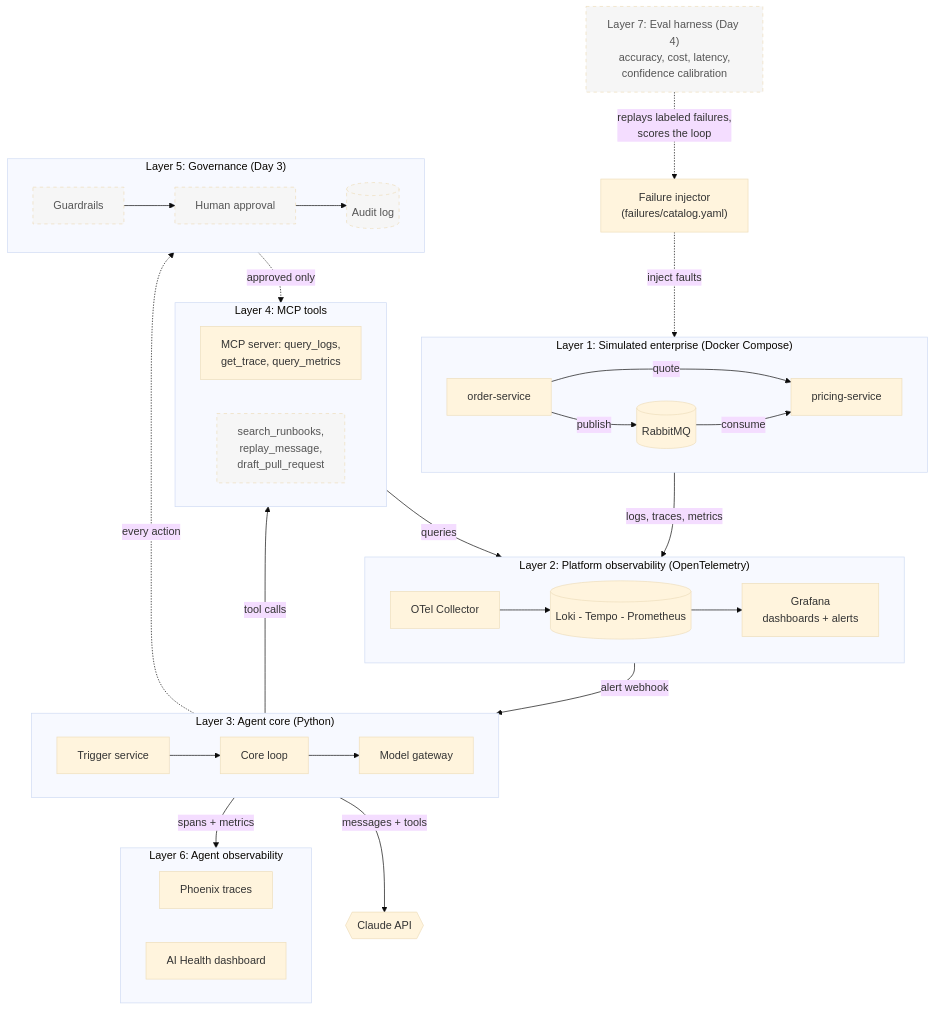
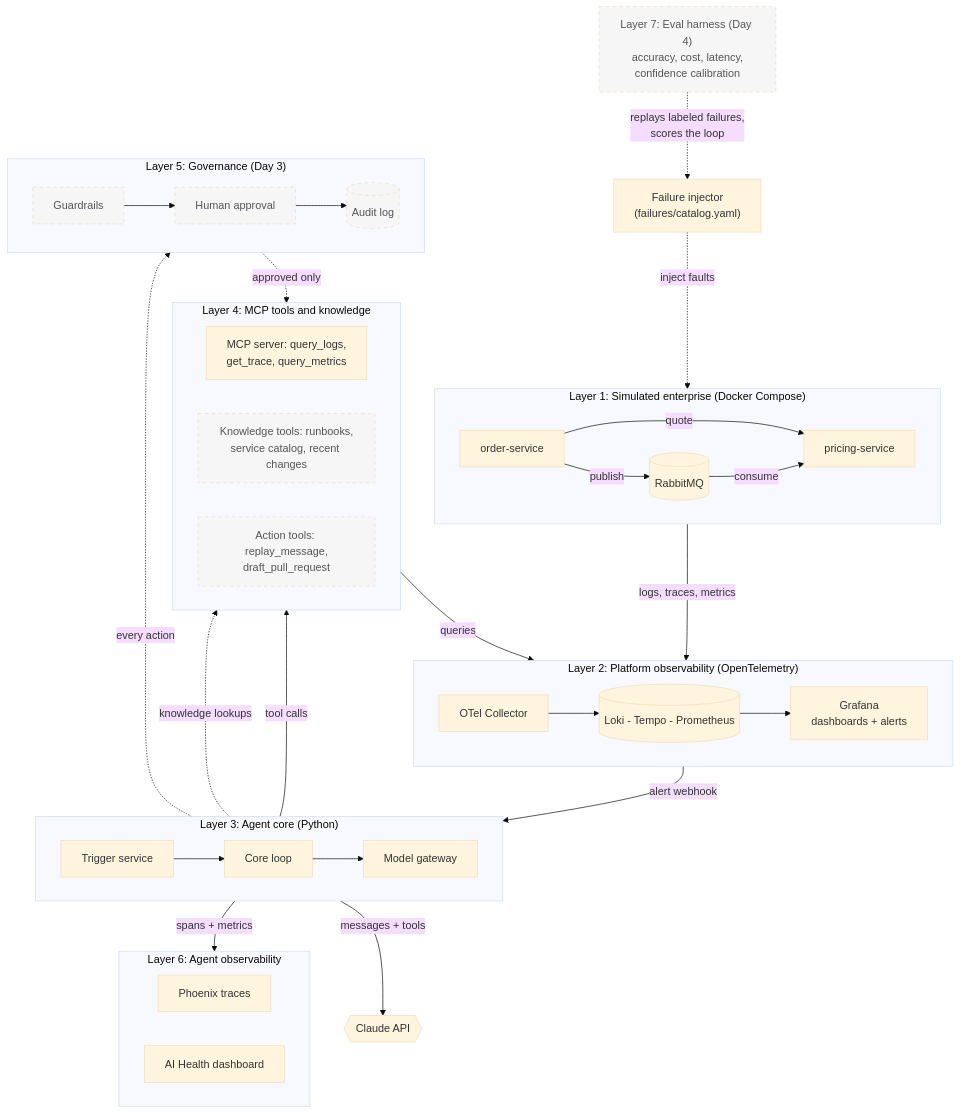
Before and after one commit to ankgupt9/agentic-incident-response: the first of 3 diagrams in docs/architecture.md, drawn with Mermaid (base theme). The commit also changed 2 other files, not shown here.

Commit message:
Add knowledge layer to the plan: runbooks, service catalog, recent changes, ablation

````diff
--- a/docs/architecture.md
+++ b/docs/architecture.md
@@ -9,55 +9,57 @@
 ```mermaid
 flowchart TB
     INJ["Failure injector<br/>(failures/catalog.yaml)"]
 
     subgraph L1["Layer 1: Simulated enterprise (Docker Compose)"]
         direction LR
         ORD["order-service"] -- "quote" --> PRC["pricing-service"]
         ORD -- "publish" --> MQ[("RabbitMQ")]
         MQ -- "consume" --> PRC
     end
 
     subgraph L2["Layer 2: Platform observability (OpenTelemetry)"]
         direction LR
         COL["OTel Collector"] --> STORES[("Loki - Tempo - Prometheus")] --> GRAF["Grafana<br/>dashboards + alerts"]
     end
 
     subgraph L3["Layer 3: Agent core (Python)"]
         direction LR
         SVC["Trigger service"] --> LOOP["Core loop"] --> GW["Model gateway"]
     end
 
     CLAUDE{{"Claude API"}}
 
-    subgraph L4["Layer 4: MCP tools"]
+    subgraph L4["Layer 4: MCP tools and knowledge"]
         direction LR
         MCP["MCP server: query_logs,<br/>get_trace, query_metrics"]
-        RB["search_runbooks,<br/>replay_message,<br/>draft_pull_request"]:::planned
+        KN["Knowledge tools: runbooks,<br/>service catalog, recent changes"]:::planned
+        ACT["Action tools: replay_message,<br/>draft_pull_request"]:::planned
     end
 
     subgraph L5["Layer 5: Governance (Day 3)"]
         direction LR
         GR["Guardrails"]:::planned --> AP["Human approval"]:::planned --> AUD[("Audit log")]:::planned
     end
 
     subgraph L6["Layer 6: Agent observability"]
         direction LR
         PHX["Phoenix traces"]
         AIH["AI Health dashboard"]
     end
 
     EVAL["Layer 7: Eval harness (Day 4)<br/>accuracy, cost, latency,<br/>confidence calibration"]:::planned
 
     INJ -. "inject faults" .-> L1
     L1 -- "logs, traces, metrics" --> L2
     GRAF -- "alert webhook" --> SVC
     GW -- "messages + tools" --> CLAUDE
     LOOP -- "tool calls" --> MCP
     MCP -- "queries" --> STORES
     LOOP -. "every action" .-> GR
-    AP -. "approved only" .-> RB
+    LOOP -. "knowledge lookups" .-> KN
+    AP -. "approved only" .-> ACT
     LOOP -- "spans + metrics" --> L6
     EVAL -. "replays labeled failures,<br/>scores the loop" .-> INJ
 
     classDef planned stroke-dasharray: 5 5,fill:#f6f6f6,color:#555;
 ```
````
